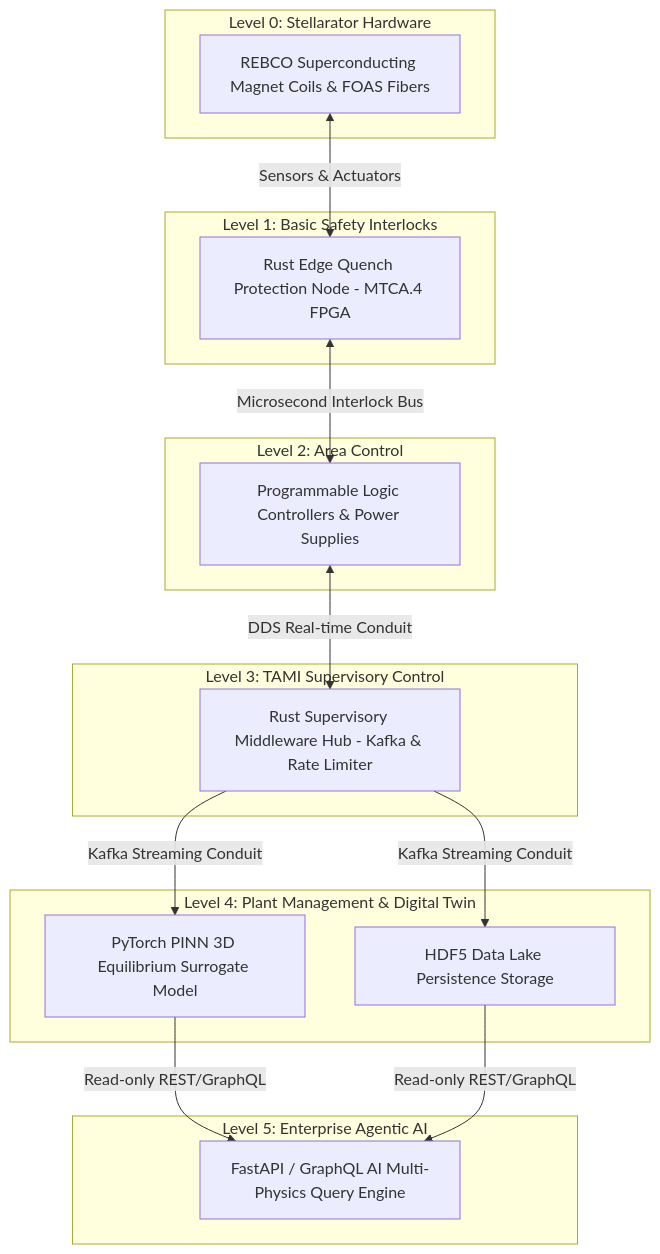
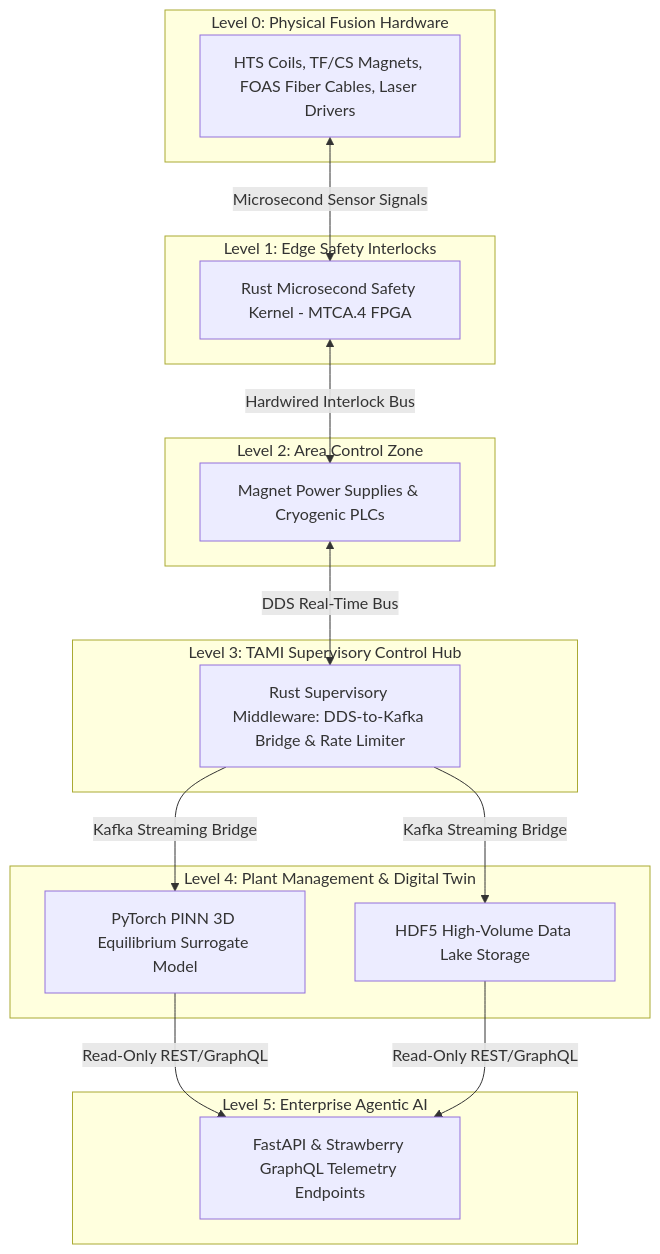
Before and after one commit to skhy-ai/tami-cama: the fifth of 6 diagrams in TUTORIAL.md, drawn with Mermaid. The commit also changed other lines of this file and 4 other files, not shown here.

````diff
--- a/TUTORIAL.md
+++ b/TUTORIAL.md
@@ -289,35 +288,35 @@
 ```mermaid
 flowchart TD
     subgraph Level5 [Level 5: Enterprise Agentic AI]
-        L5[FastAPI / GraphQL AI Multi-Physics Query Engine]
+        L5[FastAPI & Strawberry GraphQL Telemetry Endpoints]
     end
     
     subgraph Level4 [Level 4: Plant Management & Digital Twin]
         L4_1[PyTorch PINN 3D Equilibrium Surrogate Model]
-        L4_2[HDF5 Data Lake Persistence Storage]
+        L4_2[HDF5 High-Volume Data Lake Storage]
     end
     
-    subgraph Level3 [Level 3: TAMI Supervisory Control]
-        L3[Rust Supervisory Middleware Hub - Kafka & Rate Limiter]
+    subgraph Level3 [Level 3: TAMI Supervisory Control Hub]
+        L3[Rust Supervisory Middleware: DDS-to-Kafka Bridge & Rate Limiter]
     end
     
-    subgraph Level2 [Level 2: Area Control]
-        L2[Programmable Logic Controllers & Power Supplies]
+    subgraph Level2 [Level 2: Area Control Zone]
+        L2[Magnet Power Supplies & Cryogenic PLCs]
     end
     
-    subgraph Level1 [Level 1: Basic Safety Interlocks]
-        L1[Rust Edge Quench Protection Node - MTCA.4 FPGA]
+    subgraph Level1 [Level 1: Edge Safety Interlocks]
+        L1[Rust Microsecond Safety Kernel - MTCA.4 FPGA]
     end
     
-    subgraph Level0 [Level 0: Stellarator Hardware]
-        L0[REBCO Superconducting Magnet Coils & FOAS Fibers]
+    subgraph Level0 [Level 0: Physical Fusion Hardware]
+        L0[HTS Coils, TF/CS Magnets, FOAS Fiber Cables, Laser Drivers]
     end
     
-    L0 <-->|Sensors & Actuators| L1
-    L1 <-->|Microsecond Interlock Bus| L2
-    L2 <-->|DDS Real-time Conduit| L3
-    L3 -->|Kafka Streaming Conduit| L4_1
-    L3 -->|Kafka Streaming Conduit| L4_2
-    L4_1 -->|Read-only REST/GraphQL| L5
-    L4_2 -->|Read-only REST/GraphQL| L5
+    L0 <-->|Microsecond Sensor Signals| L1
+    L1 <-->|Hardwired Interlock Bus| L2
+    L2 <-->|DDS Real-Time Bus| L3
+    L3 -->|Kafka Streaming Bridge| L4_1
+    L3 -->|Kafka Streaming Bridge| L4_2
+    L4_1 -->|Read-Only REST/GraphQL| L5
+    L4_2 -->|Read-Only REST/GraphQL| L5
 ```
````
